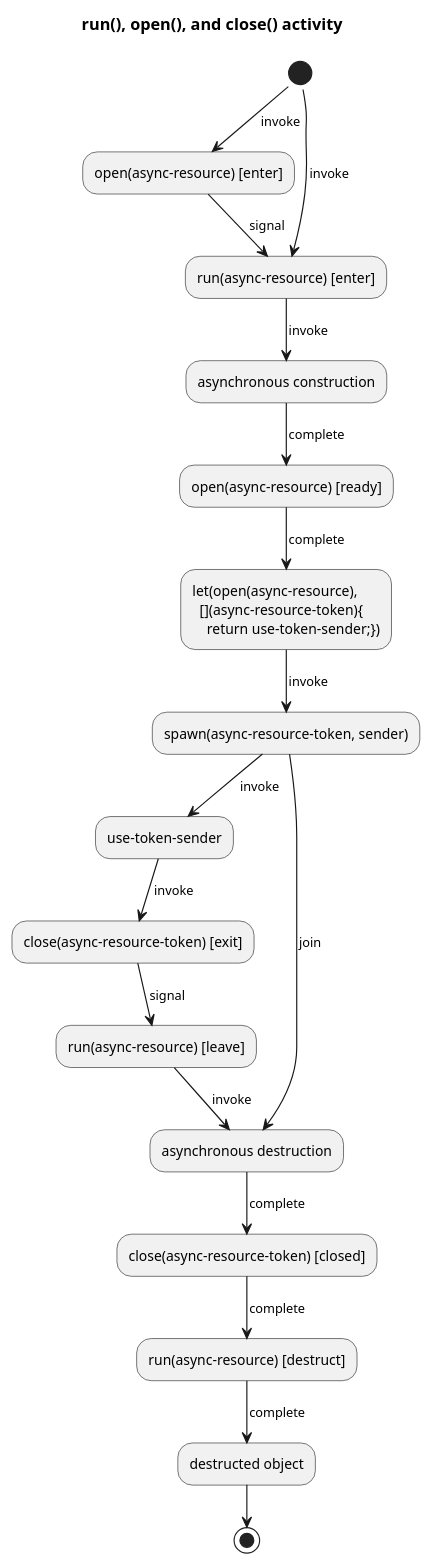
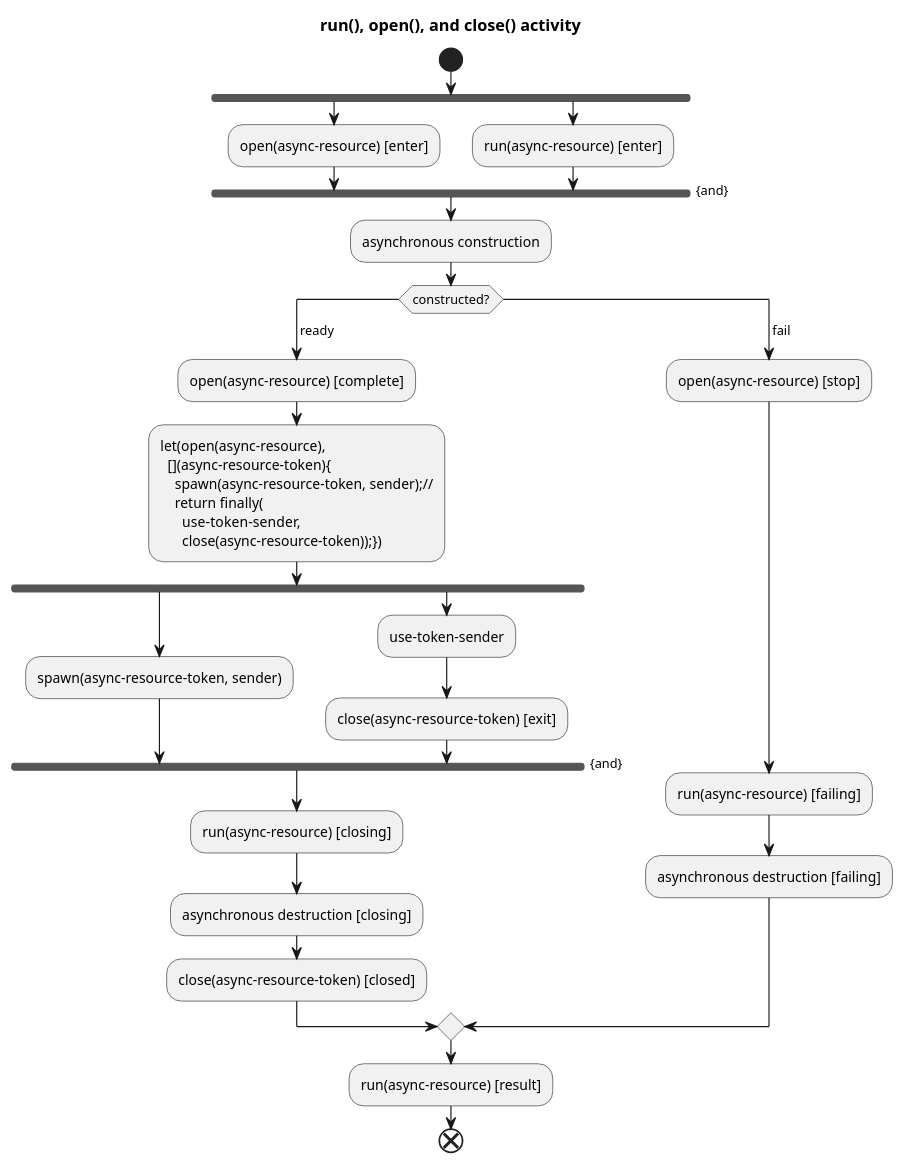
The first of 6 diagrams in async-resource.md (kirkshoop/async_scope), drawn with PlantUML before and after one commit. The commit also changed other lines of this file, not shown here.

Commit message:
show failure branches in activity diagrams

````diff
--- a/async-resource.md
+++ b/async-resource.md
@@ -256,32 +256,60 @@
 ```plantuml
 !pragma layout smetana
 title run(), open(), and close() activity
 
-(*) -->[invoke] "open(async-resource) [enter]"
--->[signal] "run(async-resource) [enter]"
+start
+fork
+  :open(async-resource) [enter];
+fork again
+  :run(async-resource) [enter];
+end fork {and}
 
-(*) -->[invoke] "run(async-resource) [enter]"
--->[invoke] "asynchronous construction"
+:asynchronous construction;
 
--->[complete] "open(async-resource) [ready]"
--->[complete] "let(open(async-resource), \n  [](async-resource-token){\n    return use-token-sender;})" 
+switch (constructed?)
+case ( ready )
+:open(async-resource) [complete];
 
--->[invoke] "spawn(async-resource-token, sender)"
+:let(open(async-resource), 
+  [](async-resource-token){
+    spawn(async-resource-token, sender);//
+    return finally(
+      use-token-sender,
+      close(async-resource-token));});
 
--->[invoke] "use-token-sender" 
+fork
+  :spawn(async-resource-token, sender);
+fork again
+  :use-token-sender;
+  :close(async-resource-token) [exit];
+end fork {and}
 
--->[invoke] "close(async-resource-token) [exit]"
+:run(async-resource) [closing];
 
--->[signal] "run(async-resource) [leave]"
+:asynchronous destruction [closing];
 
--->[invoke] "asynchronous destruction" 
-"spawn(async-resource-token, sender)" -->[join] "asynchronous destruction"
+:close(async-resource-token) [closed];
 
--->[complete] "close(async-resource-token) [closed]" 
+case ( fail )
+:open(async-resource) [stop];
 
--->[complete] "run(async-resource) [destruct]"
+'alignment
+label sp_lab0
+label sp_lab1
+label sp_lab2
+label sp_lab3
+label sp_lab4
+label sp_lab5
+label sp_lab6
+label sp_lab7
+label sp_lab8
 
--->[complete] "destructed object"
+:run(async-resource) [failing];
 
--->(*)
+:asynchronous destruction [failing];
+
+endswitch 
+
+:run(async-resource) [result];
+end
 ```
````
